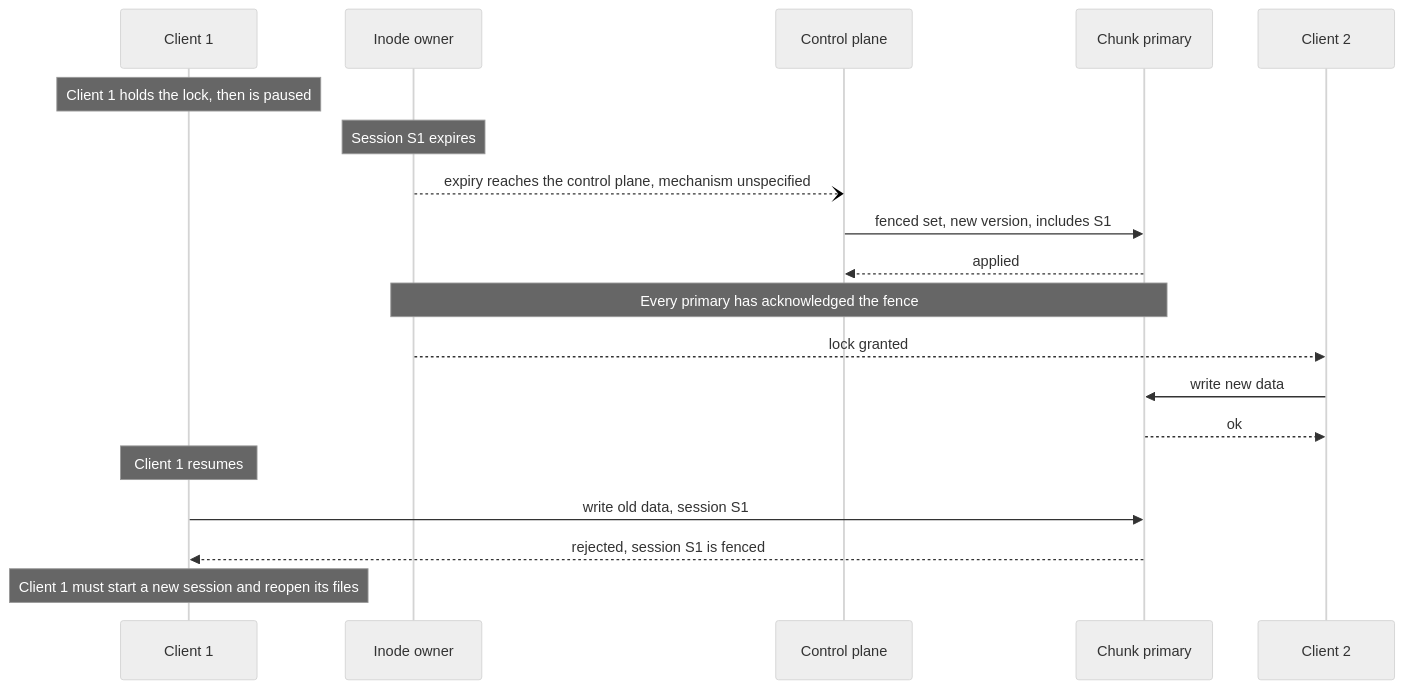
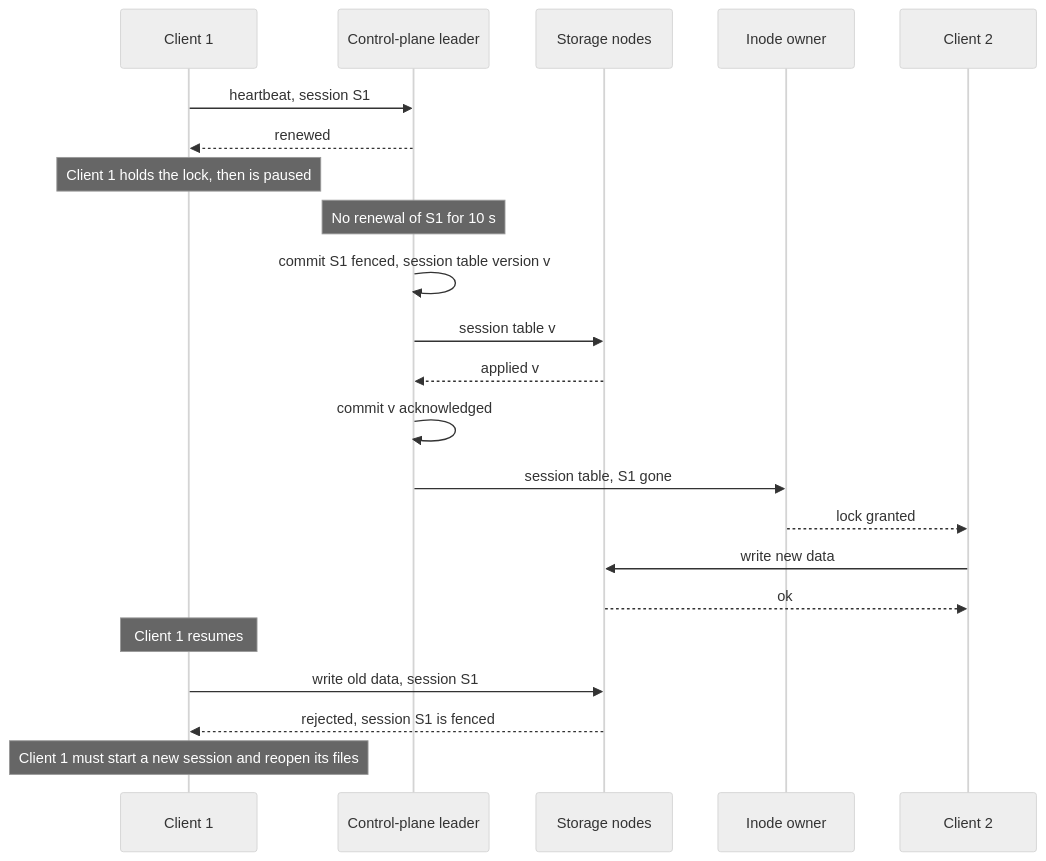
One commit to nvcnvn/rock-solid changed the ninth of 9 diagrams in blogs/03-epochs-leases-and-failures.md. Above: the diagram before and after it, drawn with Mermaid (neutral theme). The commit also changed other lines of this file and 9 other files, not shown here.

First line of the commit message:
Have the control plane own sessions and declare their expiry

````diff
--- a/blogs/03-epochs-leases-and-failures.md
+++ b/blogs/03-epochs-leases-and-failures.md
@@ -602,21 +643,24 @@
 ```mermaid
 sequenceDiagram
     participant P as Client 1
+    participant L as Control-plane leader
+    participant Pr as Storage nodes
     participant O as Inode owner
-    participant CP as Control plane
-    participant Pr as Chunk primary
     participant Q as Client 2
+    P->>L: heartbeat, session S1
+    L-->>P: renewed
     Note over P: Client 1 holds the lock, then is paused
-    Note over O: Session S1 expires
-    O--)CP: expiry reaches the control plane, mechanism unspecified
-    CP->>Pr: fenced set, new version, includes S1
-    Pr-->>CP: applied
-    Note over O,Pr: Every primary has acknowledged the fence
+    Note over L: No renewal of S1 for 10 s
+    L->>L: commit S1 fenced, session table version v
+    L->>Pr: session table v
+    Pr-->>L: applied v
+    L->>L: commit v acknowledged
+    L->>O: session table, S1 gone
     O-->>Q: lock granted
     Q->>Pr: write new data
     Pr-->>Q: ok
     Note over P: Client 1 resumes
     P->>Pr: write old data, session S1
     Pr-->>P: rejected, session S1 is fenced
     Note over P: Client 1 must start a new session and reopen its files
 ```
````
